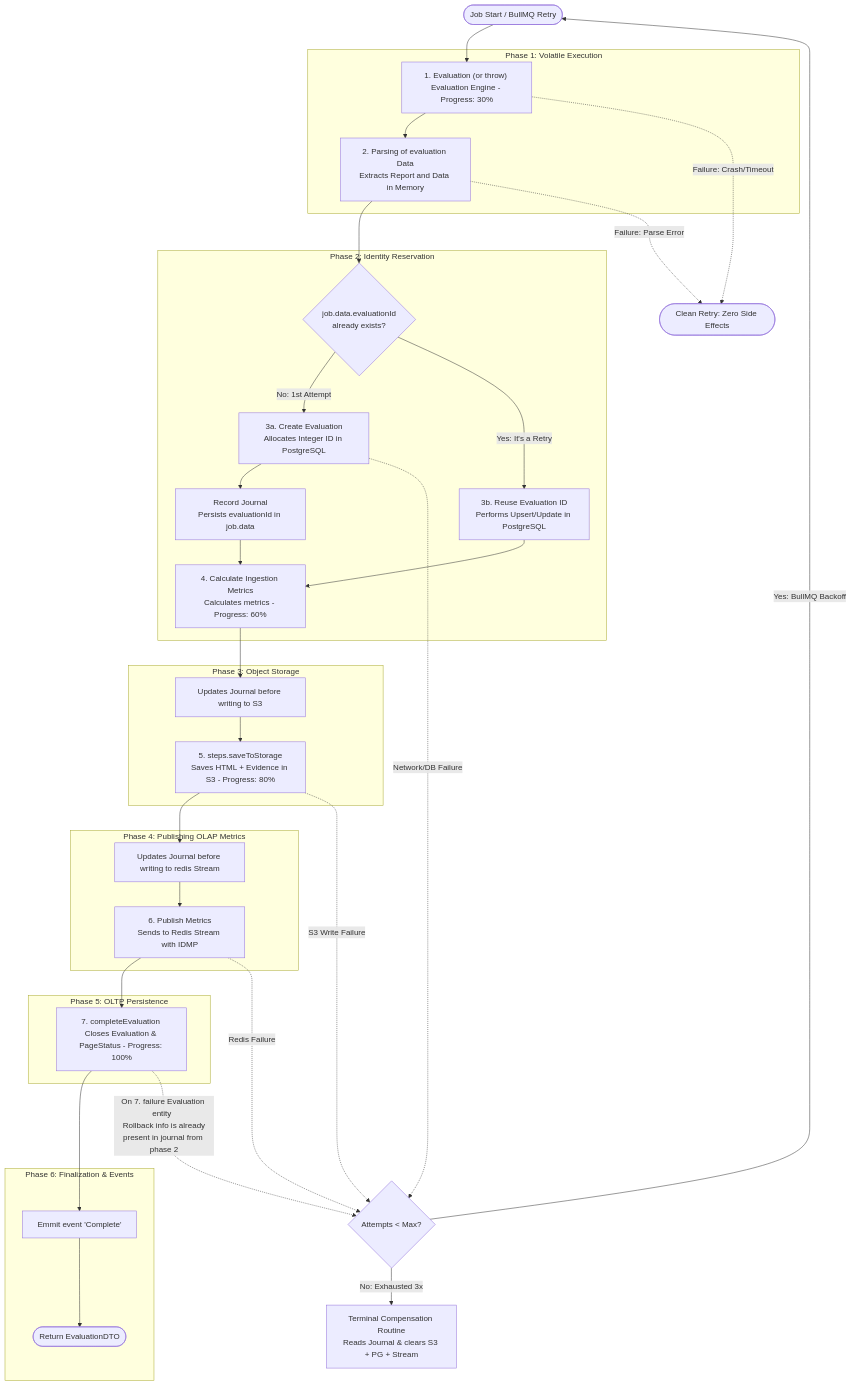
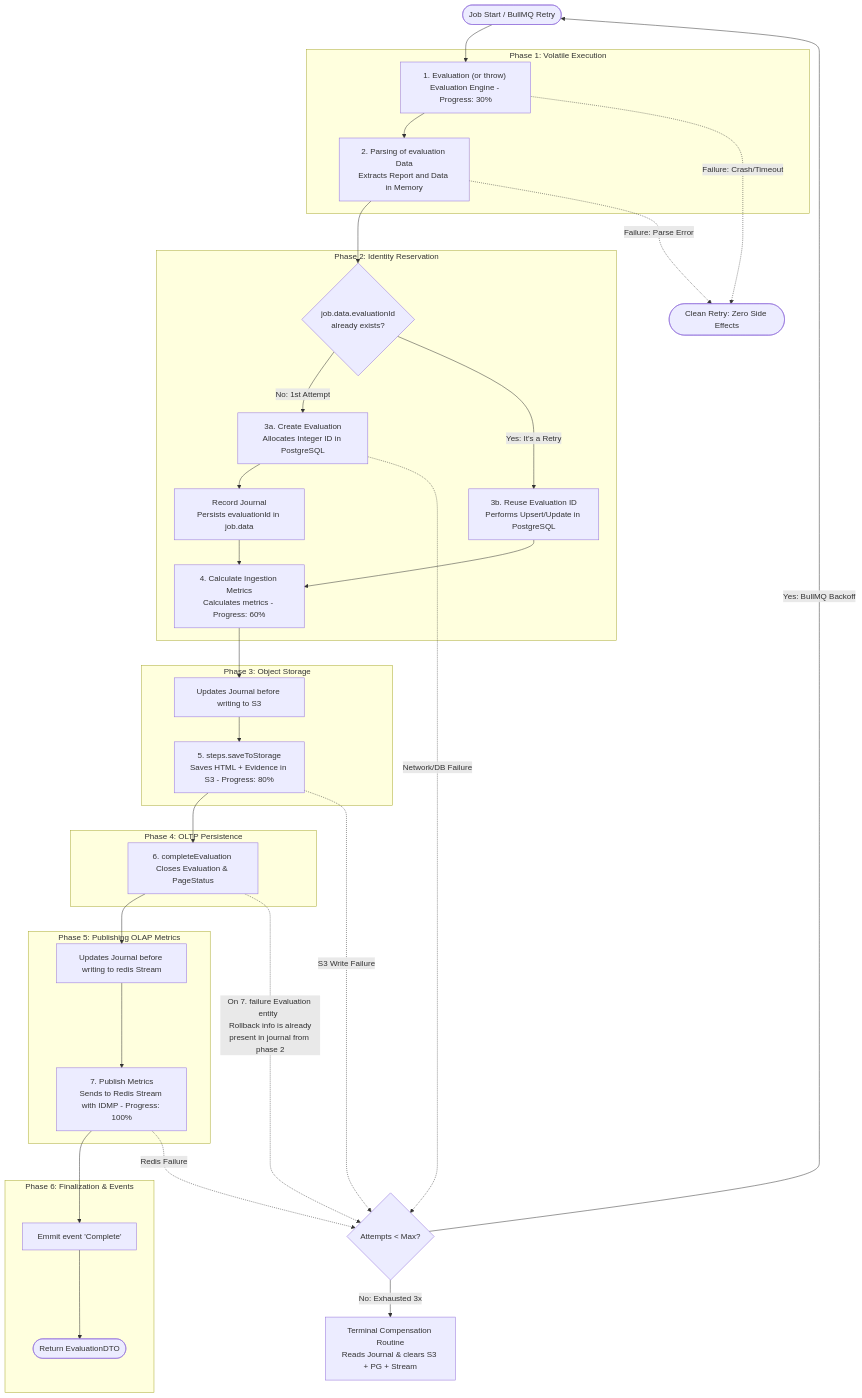
One commit to amagovpt/monitor-server changed the diagram in docs/core-domain/idempotent-worker-evaluation-pipeline.mermaid. Above: the diagram before and after it, drawn with Mermaid. The commit also changed 7 other files, not shown here.

```diff
--- a/docs/core-domain/idempotent-worker-evaluation-pipeline.mermaid
+++ b/docs/core-domain/idempotent-worker-evaluation-pipeline.mermaid
@@ -1,52 +1,50 @@
 graph TD
     Start(["Job Start / BullMQ Retry"]) --> Step1
 
     subgraph "Phase 1: Volatile Execution"
         Step1["1. Evaluation (or throw) <br/>Evaluation Engine - Progress: 30%"]
         Step2["2. Parsing of evaluation Data<br/>Extracts Report and Data in Memory"]
         Step1 --> Step2
     end
 
     Step2 --> CheckID{"job.data.evaluationId<br/>already exists?"}
 
     subgraph "Phase 2: Identity Reservation"
         CheckID -->|"No: 1st Attempt"| CreateEval["3a. Create Evaluation<br/>Allocates Integer ID in PostgreSQL"]
         CreateEval --> RecordJournal1["Record Journal<br/>Persists evaluationId in job.data"]
         
         CheckID -->|"Yes: It's a Retry"| ReuseEval["3b. Reuse Evaluation ID<br/>Performs Upsert/Update in PostgreSQL"]
         
         RecordJournal1 --> Step4
         ReuseEval --> Step4
          Step4["4. Calculate Ingestion Metrics<br/>Calculates metrics - Progress: 60%"]
     end
 
     subgraph "Phase 3: Object Storage"
         Step4 --> RecordJournal2["Updates Journal before writing to S3"]
         RecordJournal2 --> Step5["5. steps.saveToStorage<br/>Saves HTML + Evidence in S3 - Progress: 80%"]
     end
-
-    subgraph "Phase 4: Publishing OLAP Metrics"
-        Step5 --> RecordJournal3["Updates Journal before writing to redis Stream "] 
-        RecordJournal3 --> Step6a["6. Publish Metrics<br/>Sends to Redis Stream with IDMP"]
+    subgraph "Phase 4: OLTP Persistence"
+        Step5 --> Step6b["6. completeEvaluation <br/>Closes Evaluation & PageStatus"]
+    end
+     subgraph "Phase 5: Publishing OLAP Metrics"
+        Step6b --> RecordJournal3["Updates Journal before writing to redis Stream "] 
+        RecordJournal3 --> Step6c["7. Publish Metrics<br/>Sends to Redis Stream with IDMP - Progress: 100%"]
         
     end
-    subgraph "Phase 5: OLTP Persistence"
-        Step6a --> Step6b["7. completeEvaluation <br/>Closes Evaluation & PageStatus - Progress: 100%"]
-    end
-
 
     subgraph "Phase 6: Finalization & Events"
-        Step6b --> EmitEvent["Emmit event 'Complete'"]
+        Step6c --> EmitEvent["Emmit event 'Complete'"]
         EmitEvent --> ReturnDTO(["Return EvaluationDTO"])
     end
 
     Step1 -.->|"Failure: Crash/Timeout"| SafeRetry(["Clean Retry: Zero Side Effects"])
     Step2 -.->|"Failure: Parse Error"| SafeRetry
 
     CreateEval -.->|"Network/DB Failure"| DirtyRetry{"Attempts < Max?"}
     Step5 -.->|"S3 Write Failure"| DirtyRetry
-    Step6a -.->|"Redis Failure"| DirtyRetry
+    Step6c -.->|"Redis Failure"| DirtyRetry
     Step6b -.->|"On 7. failure Evaluation entity  </br> Rollback info is already present in journal from phase 2"| DirtyRetry
 
     DirtyRetry -->|"Yes: BullMQ Backoff"| Start
     DirtyRetry -->|"No: Exhausted 3x"| Compensate["Terminal Compensation Routine<br/>Reads Journal & clears S3 + PG + Stream"]
```
